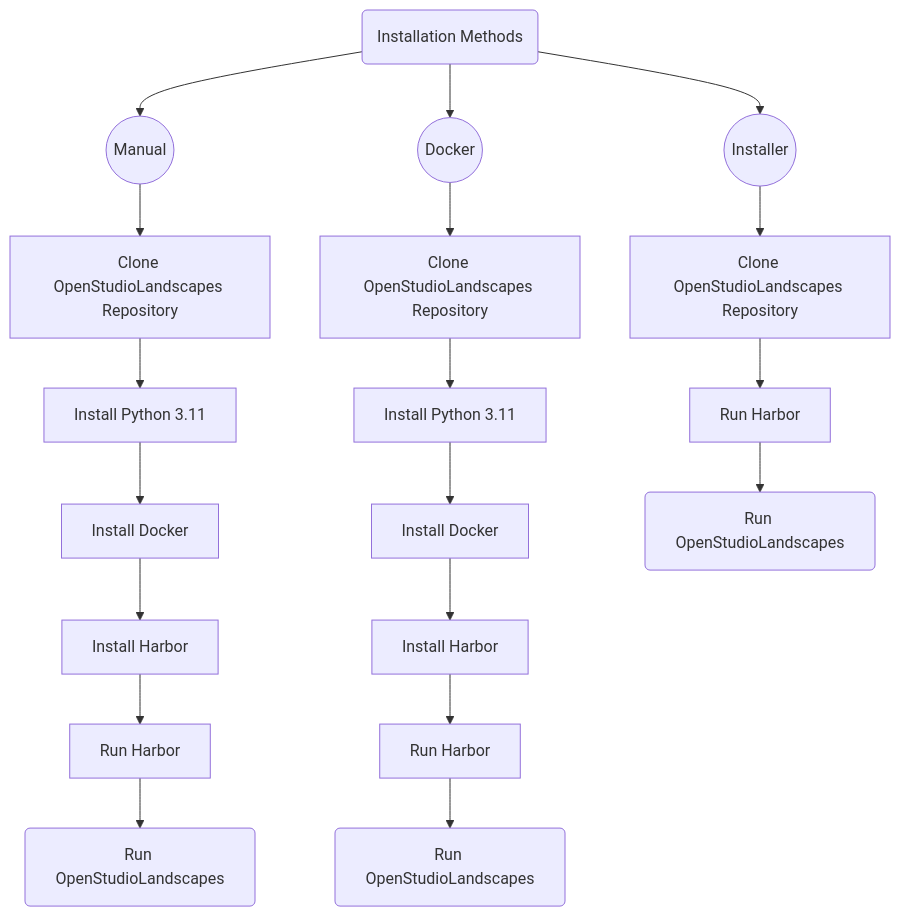
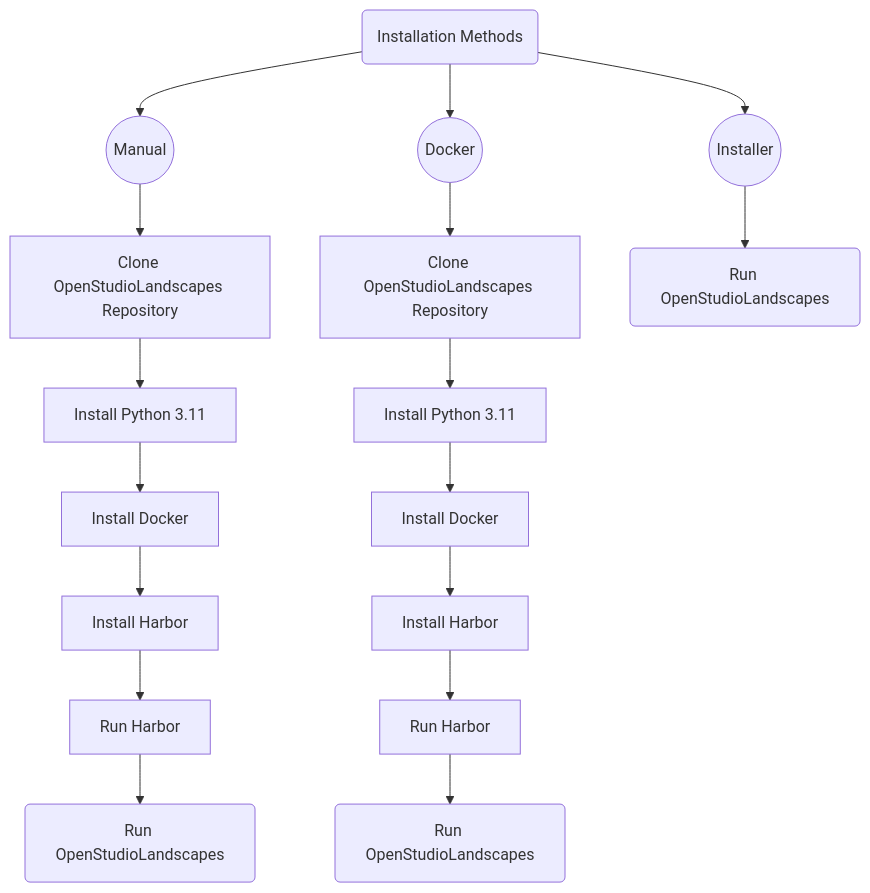
Before and after one commit to michimussato/OpenStudioLandscapes: the diagram in wiki/_toc.md, drawn with Mermaid.

Commit message:
refactor

````diff
--- a/wiki/_toc.md
+++ b/wiki/_toc.md
@@ -13,61 +13,61 @@
 ```mermaid
 graph TB
     installation_methods(Installation Methods)
     manual((Manual))
     click manual href "https://github.com/michimussato/OpenStudioLandscapes/blob/main/wiki/installation/basic_installation.md#basic-installation"
     docker((Docker))
     click docker href "https://github.com/michimussato/OpenStudioLandscapes/blob/main/wiki/installation/basic_installation.md#install-docker"
-    installer_script((Installer))
+    script((Installer))
     click installer_script href "https://github.com/michimussato/OpenStudioLandscapes/blob/main/wiki/installation/basic_installation_from_script.md"
     installation_methods --> manual
     installation_methods --> docker
-    installation_methods --> installer_script
+    installation_methods --> script
     
     clone_repo_manual[Clone OpenStudioLandscapes Repository]
     click clone_repo_manual href "https://github.com/michimussato/OpenStudioLandscapes/blob/main/wiki/installation/basic_installation.md#openstudiolandscapes"
     clone_repo_docker[Clone OpenStudioLandscapes Repository]
     click clone_repo_docker href "https://github.com/michimussato/OpenStudioLandscapes/blob/main/wiki/installation/basic_installation.md#openstudiolandscapes"
-    clone_repo_script[Clone OpenStudioLandscapes Repository]
-    click clone_repo_script href "https://github.com/michimussato/OpenStudioLandscapes/blob/main/wiki/installation/basic_installation.md#openstudiolandscapes"
+    %% clone_repo_script[Clone OpenStudioLandscapes Repository]
+    %% click clone_repo_script href "https://github.com/michimussato/OpenStudioLandscapes/blob/main/wiki/installation/basic_installation.md#openstudiolandscapes"
     
     install_python_manual[Install Python 3.11]
     click install_python_manual href "https://github.com/michimussato/OpenStudioLandscapes/blob/main/wiki/installation/basic_installation.md#install-python311"
     install_python_docker[Install Python 3.11]
     click install_python_docker href "https://github.com/michimussato/OpenStudioLandscapes/blob/main/wiki/installation/basic_installation.md#install-python311"
 
     install_docker_manual[Install Docker]
     click install_docker_manual href "https://github.com/michimussato/OpenStudioLandscapes/blob/main/wiki/installation/basic_installation.md#install-docker"
     install_docker_docker[Install Docker]
     click install_docker_docker href "https://github.com/michimussato/OpenStudioLandscapes/blob/main/wiki/installation/basic_installation.md#install-docker"
     %% install_docker_script[Install Docker]
     %% click install_docker_script href "https://github.com/michimussato/OpenStudioLandscapes/blob/main/wiki/installation/basic_installation.md#install-docker"
     
     install_harbor_manual[Install Harbor]
     click install_harbor_manual href "https://github.com/michimussato/OpenStudioLandscapes/blob/main/wiki/installation/basic_installation.md#harbor"
     install_harbor_docker[Install Harbor]
     click install_harbor_docker href "https://github.com/michimussato/OpenStudioLandscapes/blob/main/wiki/installation/basic_installation.md#harbor"
     %% install_harbor_script[Install Harbor]
     %% click install_harbor_script href "https://github.com/michimussato/OpenStudioLandscapes/blob/main/wiki/installation/basic_installation.md#harbor"
     
     run_harbor_manual[Run Harbor]
     click run_harbor_manual href "https://github.com/michimussato/OpenStudioLandscapes/blob/main/wiki/run/run_harbor.md#up"
     run_harbor_docker[Run Harbor]
     click run_harbor_docker href "https://github.com/michimussato/OpenStudioLandscapes/blob/main/wiki/run/run_harbor.md#up"
-    run_harbor_script[Run Harbor]
-    click run_harbor_script href "https://github.com/michimussato/OpenStudioLandscapes/blob/main/wiki/run/run_harbor.md#up"
+    %% run_harbor_script[Run Harbor]
+    %% click run_harbor_script href "https://github.com/michimussato/OpenStudioLandscapes/blob/main/wiki/run/run_harbor.md#up"
     
     run_manual(Run OpenStudioLandscapes)
     click run_manual href "https://github.com/michimussato/OpenStudioLandscapes/blob/main/wiki/run_openstudiolandscapes/from_manual.md#up"
     run_docker(Run OpenStudioLandscapes)
     click run_docker href "https://github.com/michimussato/OpenStudioLandscapes/blob/main/wiki/run_openstudiolandscapes/from_docker_image.md"
-    run_installer(Run OpenStudioLandscapes)
-    %% click run_docker href ""
+    run_script(Run OpenStudioLandscapes)
+    click run_script href "https://github.com/michimussato/OpenStudioLandscapes/blob/main/wiki/run_openstudiolandscapes/from_script.md#up-and-down"
     
     manual --> clone_repo_manual --> install_python_manual --> install_docker_manual --> install_harbor_manual 
     install_harbor_manual --> run_harbor_manual --> run_manual
     
     docker --> clone_repo_docker --> install_python_docker --> install_docker_docker --> install_harbor_docker
     install_harbor_docker --> run_harbor_docker --> run_docker
     
-    installer_script --> clone_repo_script --> run_harbor_script --> run_installer
+    script --> run_script
 ```
````
